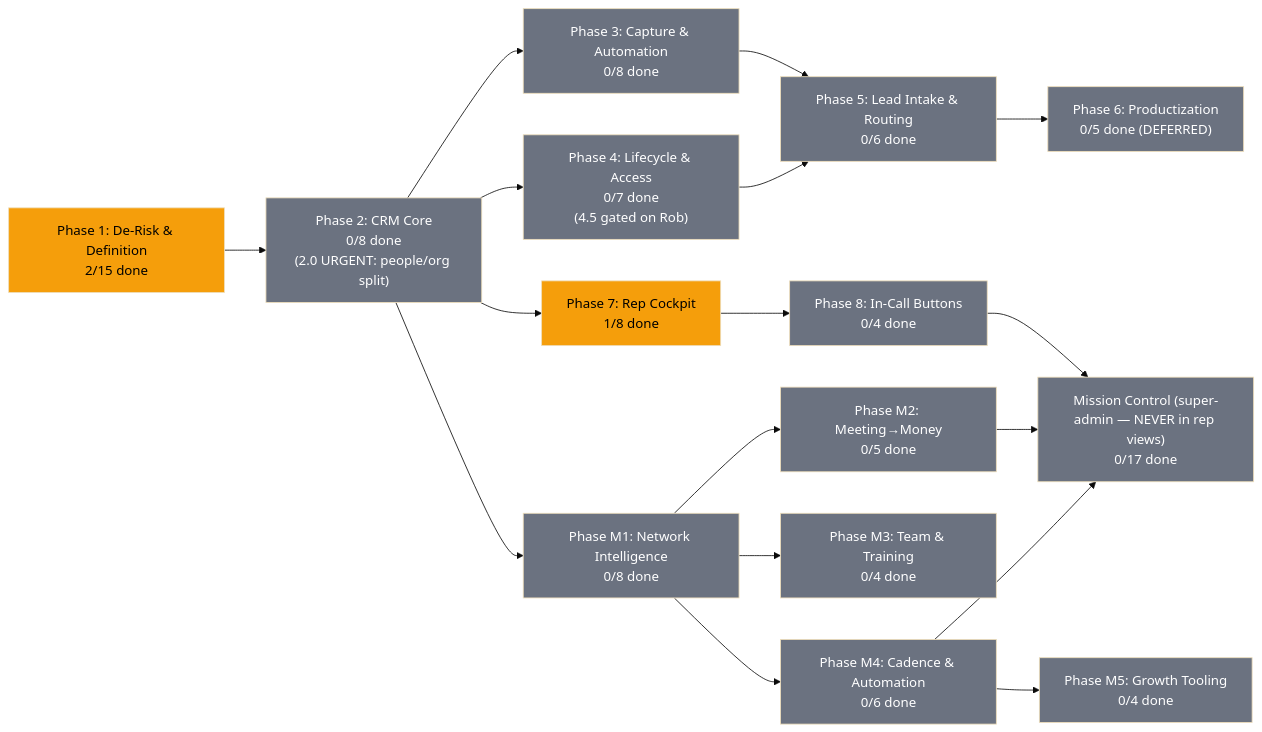
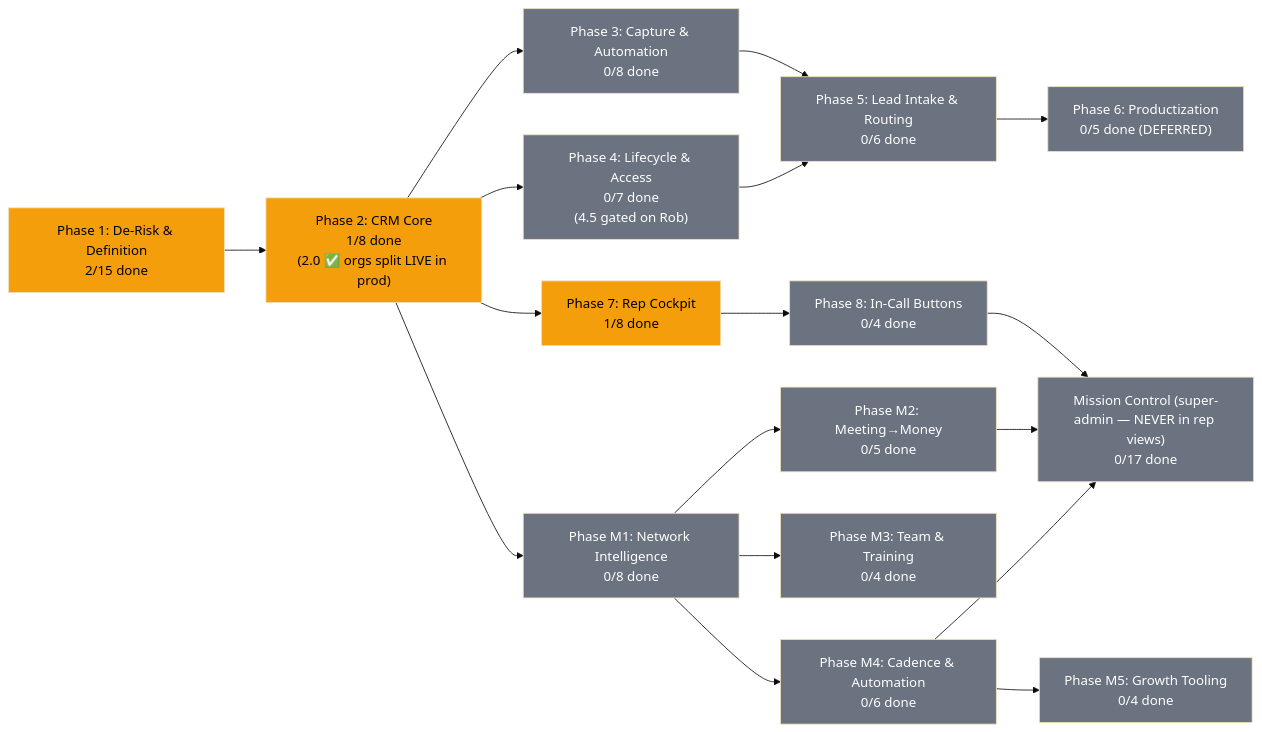
The diagram in docs/plans/PRD-mle-crm.md (blacklabelbob/mle-rob-dashboard), drawn with Mermaid (base theme) before and after one commit. The commit also changed other lines of this file and 2 other files, not shown here.

Commit message:
Critic Rob unification punch 1-9: Task 2.0 race-loss restored (orgs split LIVE, 97/100, Gulf resolved-by-data), LINEAGE truth + pre-prd-merge-exact tag, snapshot slug fix, ledger/README/index corrections, driver pause flag for structural ops

````diff
--- a/docs/plans/PRD-mle-crm.md
+++ b/docs/plans/PRD-mle-crm.md
@@ -32,34 +32,34 @@
 ```mermaid
 flowchart LR
-    P1["Phase 1: De-Risk & Definition<br/>2/15 done"] --> P2["Phase 2: CRM Core<br/>0/8 done<br/>(2.0 URGENT: people/org split)"]
+    P1["Phase 1: De-Risk & Definition<br/>2/15 done"] --> P2["Phase 2: CRM Core<br/>1/8 done<br/>(2.0 ✅ orgs split LIVE in prod)"]
     P2 --> P3["Phase 3: Capture & Automation<br/>0/8 done"]
     P2 --> P4["Phase 4: Lifecycle & Access<br/>0/7 done<br/>(4.5 gated on Rob)"]
     P2 --> P7["Phase 7: Rep Cockpit<br/>1/8 done"]
     P7 --> P8["Phase 8: In-Call Buttons<br/>0/4 done"]
     P3 --> P5["Phase 5: Lead Intake & Routing<br/>0/6 done"]
     P4 --> P5
     P5 --> P6["Phase 6: Productization<br/>0/5 done (DEFERRED)"]
     P2 --> M1["Phase M1: Network Intelligence<br/>0/8 done"]
     M1 --> M2["Phase M2: Meeting→Money<br/>0/5 done"]
     M1 --> M3["Phase M3: Team & Training<br/>0/4 done"]
     M1 --> M4["Phase M4: Cadence & Automation<br/>0/6 done"]
     M4 --> M5["Phase M5: Growth Tooling<br/>0/4 done"]
     P8 --> MC["Mission Control (super-admin — NEVER in rep views)<br/>0/17 done"]
     M2 --> MC
     M4 --> MC
 
     style P1 fill:#f59e0b,color:#000
-    style P2 fill:#6b7280,color:#fff
+    style P2 fill:#f59e0b,color:#000
     style P3 fill:#6b7280,color:#fff
     style P4 fill:#6b7280,color:#fff
     style P5 fill:#6b7280,color:#fff
     style P6 fill:#6b7280,color:#fff
     style P7 fill:#f59e0b,color:#000
     style P8 fill:#6b7280,color:#fff
     style M1 fill:#6b7280,color:#fff
     style M2 fill:#6b7280,color:#fff
     style M3 fill:#6b7280,color:#fff
     style M4 fill:#6b7280,color:#fff
     style M5 fill:#6b7280,color:#fff
     style MC fill:#6b7280,color:#fff
 ```
````
